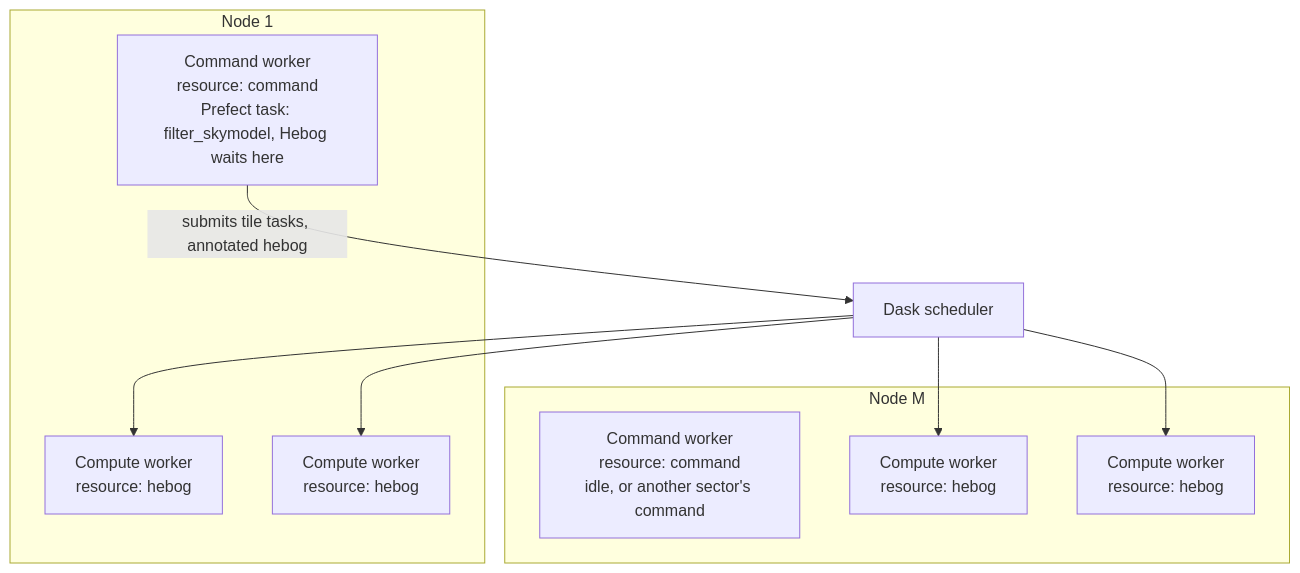
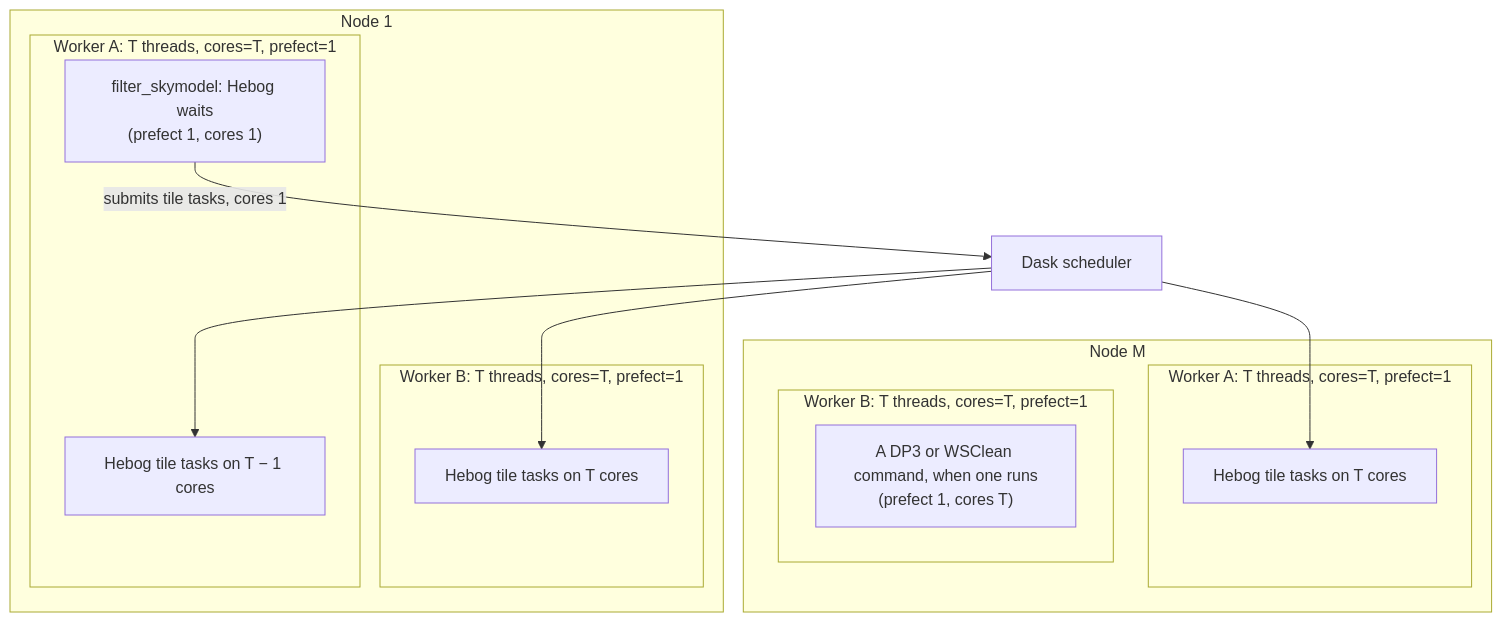
One commit to gemmadanks/hebog changed the fourth of 4 diagrams in docs/architecture/rapthor-execution-layouts.md. Above: the diagram before and after it, drawn with Mermaid. The commit also changed other lines of this file and 4 other files, not shown here.

````diff
--- a/docs/architecture/rapthor-execution-layouts.md
+++ b/docs/architecture/rapthor-execution-layouts.md
@@ -126,19 +143,25 @@
 ```mermaid
 flowchart TB
     scheduler["Dask scheduler"]
     subgraph n1["Node 1"]
-        c1["Command worker<br/>resource: command<br/>Prefect task: filter_skymodel, Hebog waits here"]
-        h1a["Compute worker<br/>resource: hebog"]
-        h1b["Compute worker<br/>resource: hebog"]
+        subgraph a1["Worker A: T threads, cores=T, prefect=1"]
+            f1["filter_skymodel: Hebog waits<br/>(prefect 1, cores 1)"]
+            a1t["Hebog tile tasks on T − 1 cores"]
+        end
+        subgraph b1["Worker B: T threads, cores=T, prefect=1"]
+            b1t["Hebog tile tasks on T cores"]
+        end
     end
     subgraph nm["Node M"]
-        cm["Command worker<br/>resource: command<br/>idle, or another sector's command"]
-        hma["Compute worker<br/>resource: hebog"]
-        hmb["Compute worker<br/>resource: hebog"]
+        subgraph am["Worker A: T threads, cores=T, prefect=1"]
+            amt["Hebog tile tasks on T cores"]
+        end
+        subgraph bm["Worker B: T threads, cores=T, prefect=1"]
+            bmc["A DP3 or WSClean command, when one runs<br/>(prefect 1, cores T)"]
+        end
     end
-    c1 -->|"submits tile tasks, annotated hebog"| scheduler
-    scheduler --> h1a
-    scheduler --> h1b
-    scheduler --> hma
-    scheduler --> hmb
+    f1 -->|"submits tile tasks, cores 1"| scheduler
+    scheduler --> a1t
+    scheduler --> b1t
+    scheduler --> amt
 ```
````
